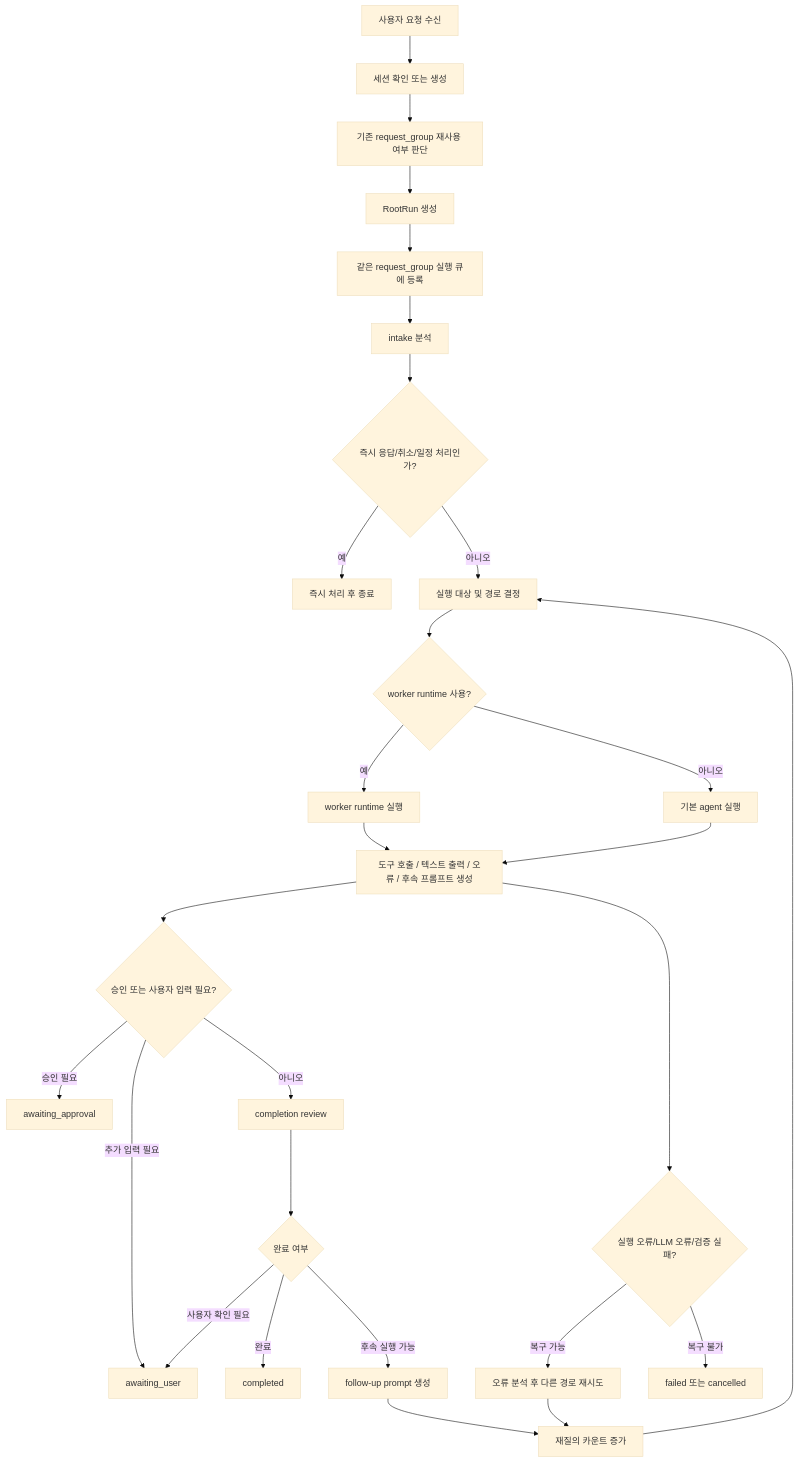
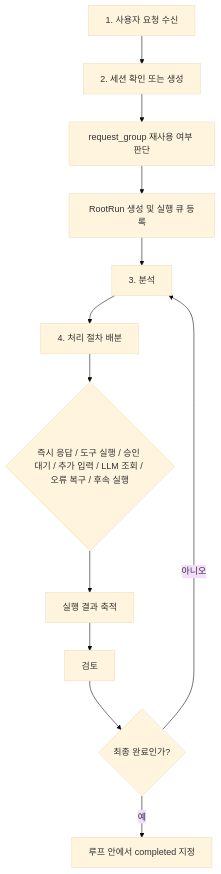
Before and after one commit to Sponzey-com/Sponzey-Nobie: the first of 3 diagrams in process.md, drawn with Mermaid (base theme). The commit also changed other lines of this file and 47 other files, not shown here.

````diff
--- a/process.md
+++ b/process.md
@@ -82,30 +88,14 @@
 ```mermaid
 flowchart TD
-    A["사용자 요청 수신"] --> B["세션 확인 또는 생성"]
-    B --> C["기존 request_group 재사용 여부 판단"]
-    C --> D["RootRun 생성"]
-    D --> E["같은 request_group 실행 큐에 등록"]
-    E --> F["intake 분석"]
-    F --> G{"즉시 응답/취소/일정 처리인가?"}
-    G -->|예| H["즉시 처리 후 종료"]
-    G -->|아니오| I["실행 대상 및 경로 결정"]
-    I --> J{"worker runtime 사용?"}
-    J -->|예| K["worker runtime 실행"]
-    J -->|아니오| L["기본 agent 실행"]
-    K --> M["도구 호출 / 텍스트 출력 / 오류 / 후속 프롬프트 생성"]
-    L --> M
-    M --> N{"승인 또는 사용자 입력 필요?"}
-    N -->|승인 필요| O["awaiting_approval"]
-    N -->|추가 입력 필요| P["awaiting_user"]
-    N -->|아니오| Q["completion review"]
-    Q --> R{"완료 여부"}
-    R -->|완료| S["completed"]
-    R -->|후속 실행 가능| T["follow-up prompt 생성"]
-    T --> U["재질의 카운트 증가"]
-    U --> I
-    R -->|사용자 확인 필요| P
-    M --> V{"실행 오류/LLM 오류/검증 실패?"}
-    V -->|복구 가능| W["오류 분석 후 다른 경로 재시도"]
-    W --> U
-    V -->|복구 불가| X["failed 또는 cancelled"]
+    A["1. 사용자 요청 수신"] --> B["2. 세션 확인 또는 생성"]
+    B --> C["request_group 재사용 여부 판단"]
+    C --> D["RootRun 생성 및 실행 큐 등록"]
+    D --> E["3. 분석"]
+    E --> F["4. 처리 절차 배분"]
+    F --> G{"즉시 응답 / 도구 실행 / 승인 대기 / 추가 입력 / LLM 조회 / 오류 복구 / 후속 실행"}
+    G --> H["실행 결과 축적"]
+    H --> I["검토"]
+    I --> J{"최종 완료인가?"}
+    J -->|아니오| E
+    J -->|예| K["루프 안에서 completed 지정"]
 ```
````
